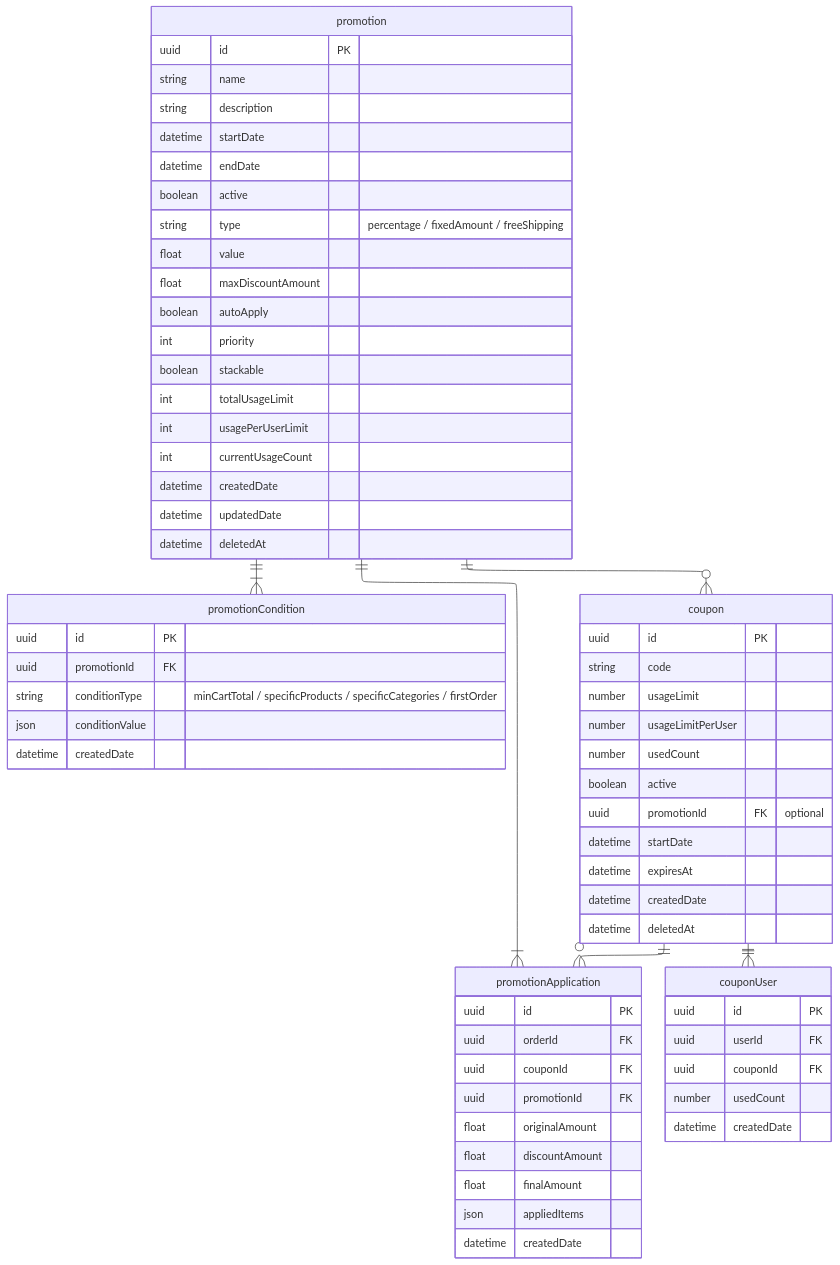
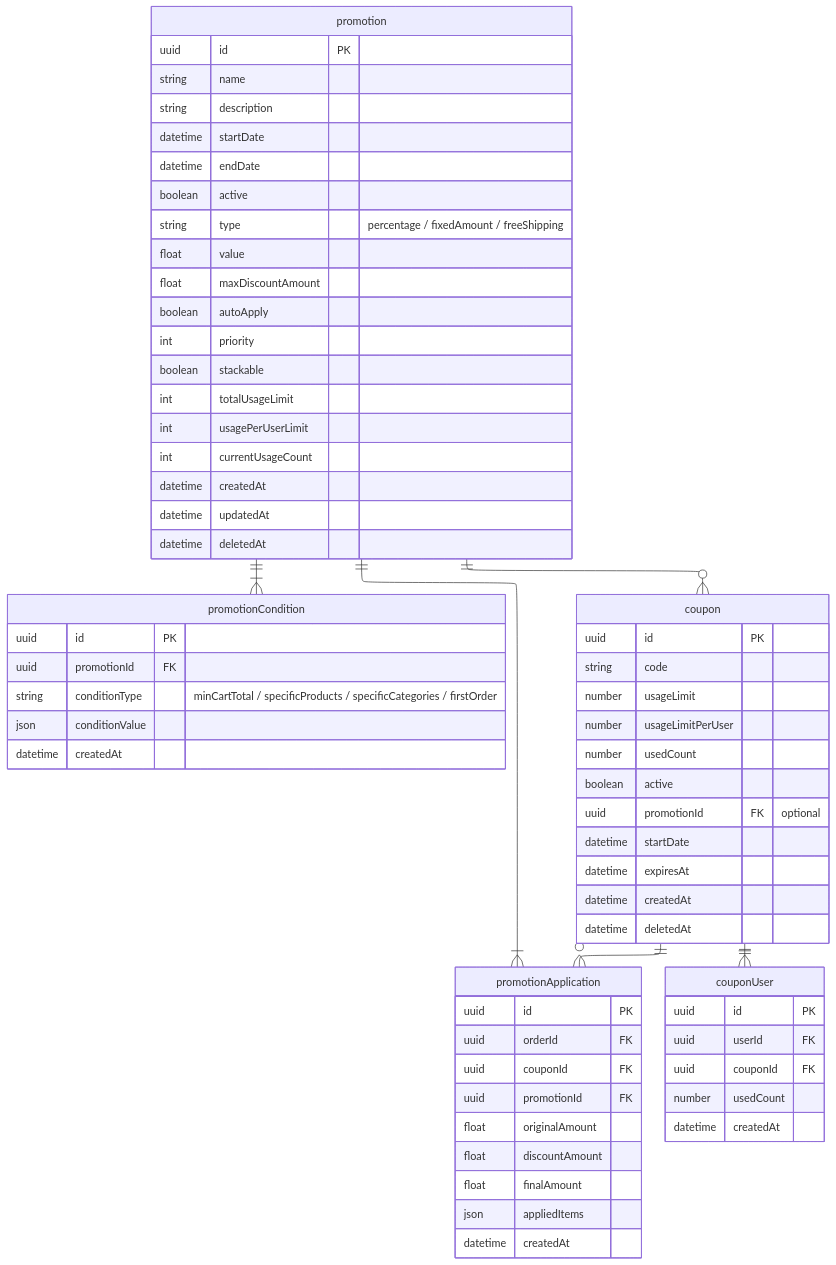
The diagram in docs/promotion/erd.md (quochuydev/x-app-v1), drawn with Mermaid before and after one commit. The commit also changed 10 other files, not shown here.

````diff
--- a/docs/promotion/erd.md
+++ b/docs/promotion/erd.md
@@ -1,76 +1,76 @@
 ```mermaid
 ---
 config:
   layout: elk
 ---
 erDiagram
 	direction TB
 
 	%% Promotion System
 	promotion {
 		uuid id PK ""
 		string name  ""
 		string description  ""
 		datetime startDate  ""
 		datetime endDate  ""
 		boolean active  ""
 		string type  "percentage / fixedAmount / freeShipping"
 		float value  ""
 		float maxDiscountAmount  ""
 		boolean autoApply  ""
 		int priority  ""
 		boolean stackable  ""
 		int totalUsageLimit  ""
 		int usagePerUserLimit  ""
 		int currentUsageCount  ""
-		datetime createdDate  ""
-		datetime updatedDate  ""
+		datetime createdAt  ""
+		datetime updatedAt  ""
 		datetime deletedAt  ""
 	}
 	promotionCondition {
 		uuid id PK ""
 		uuid promotionId FK ""
 		string conditionType  "minCartTotal / specificProducts / specificCategories / firstOrder"
 		json conditionValue  ""
-		datetime createdDate  ""
+		datetime createdAt  ""
 	}
 	promotionApplication {
 		uuid id PK ""
 		uuid orderId FK ""
 		uuid couponId FK ""
 		uuid promotionId FK ""
 		float originalAmount  ""
 		float discountAmount  ""
 		float finalAmount  ""
 		json appliedItems  ""
-		datetime createdDate  ""
+		datetime createdAt  ""
 	}
 
 	%% Coupon System
 	coupon {
 		uuid id PK ""
 		string code  ""
 		number usageLimit  ""
 		number usageLimitPerUser  ""
 		number usedCount  ""
 		boolean active  ""
 		uuid promotionId FK "optional"
 		datetime startDate  ""
 		datetime expiresAt  ""
-		datetime createdDate  ""
+		datetime createdAt  ""
 		datetime deletedAt  ""
 	}
 	couponUser {
 		uuid id PK ""
 		uuid userId FK ""
 		uuid couponId FK ""
 		number usedCount  ""
-		datetime createdDate  ""
+		datetime createdAt  ""
 	}
 	%% Relationships
 	promotion||--|{promotionCondition:""
 	promotion||--o{coupon:""
 	promotion||--|{promotionApplication:""
 	coupon||--|{couponUser:""
 	coupon||--o{promotionApplication:""
 ```
````
